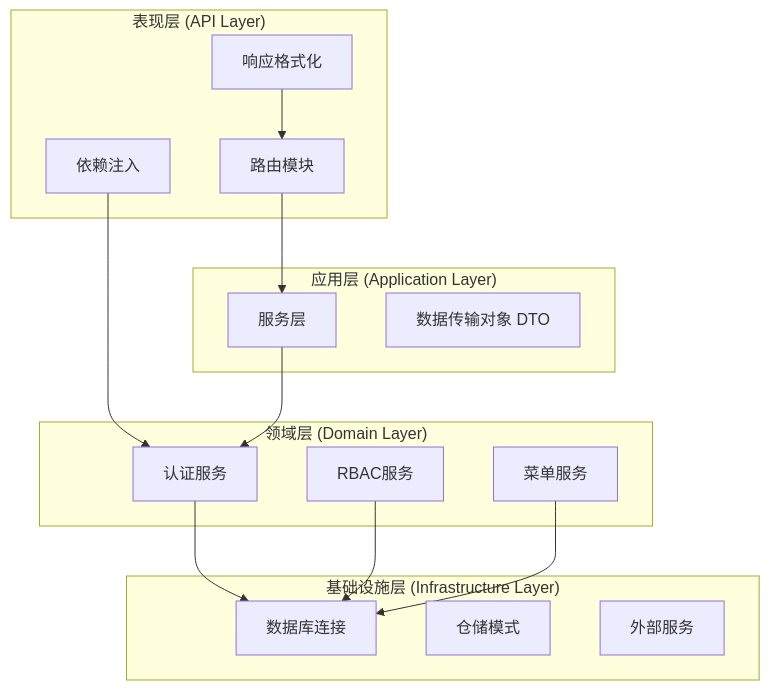
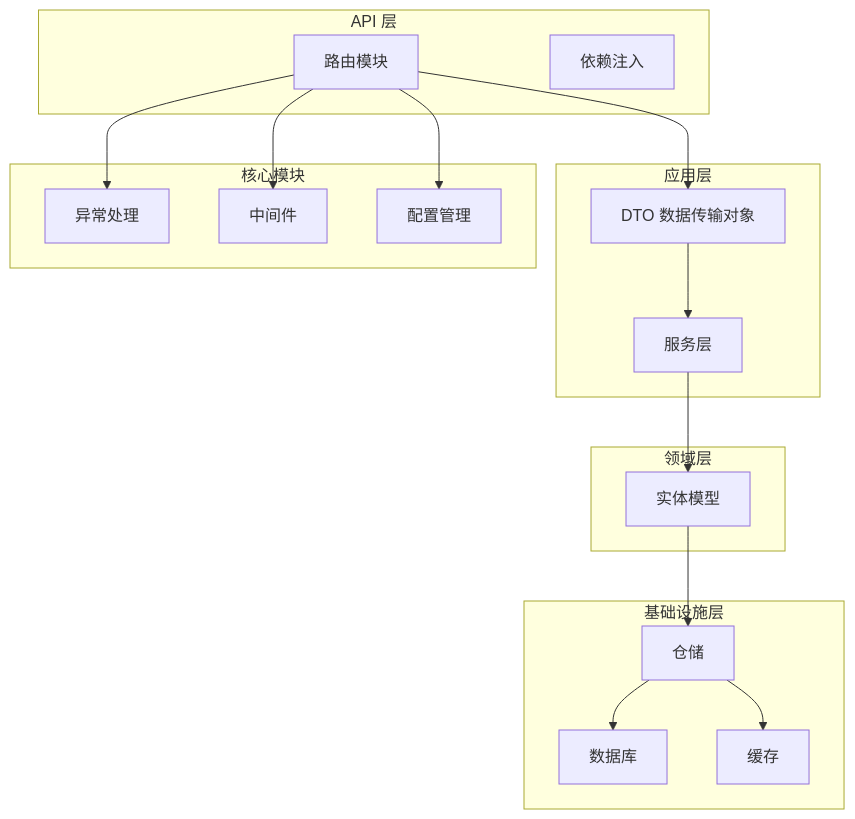
One commit to taoweidong/Hello-FastApi changed the first of 9 diagrams in .qoder/repowiki/zh/content/Api Response Standards.md. Above: the diagram before and after it, drawn with Mermaid. The commit also changed other lines of this file and 11 other files, not shown here.

````diff
--- a/.qoder/repowiki/zh/content/Api Response Standards.md
+++ b/.qoder/repowiki/zh/content/Api Response Standards.md
@@ -53,29 +42,33 @@
 ```mermaid
 graph TB
-subgraph "表现层 (API Layer)"
+subgraph "API 层"
 A[路由模块]
 B[依赖注入]
-C[响应格式化]
 end
-subgraph "应用层 (Application Layer)"
+subgraph "应用层"
+C[DTO 数据传输对象]
 D[服务层]
-E[数据传输对象 DTO]
 end
-subgraph "领域层 (Domain Layer)"
-F[认证服务]
-G[RBAC服务]
-H[菜单服务]
+subgraph "领域层"
+E[实体模型]
 end
-subgraph "基础设施层 (Infrastructure Layer)"
-I[数据库连接]
-J[仓储模式]
-K[外部服务]
+subgraph "基础设施层"
+F[数据库]
+G[缓存]
+H[仓储]
 end
-A --> D
-B --> F
-C --> A
-D --> F
-F --> I
-G --> I
-H --> I
+subgraph "核心模块"
+I[异常处理]
+J[中间件]
+K[配置管理]
+end
+A --> C
+C --> D
+D --> E
+E --> H
+H --> F
+H --> G
+A --> I
+A --> J
+A --> K
 ```
````
